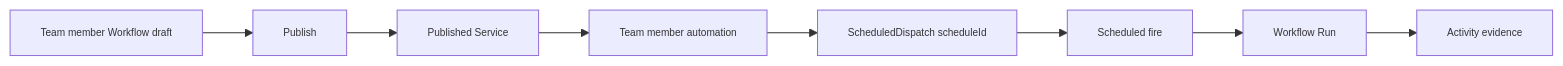
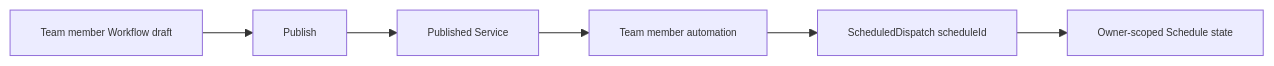
One commit to aevatarAI/aevatar changed the diagram in apps/aevatar-console-web/docs/superpowers/specs/2026-08-11-workflow-schedule-design.md. Above: the diagram before and after it, drawn with Mermaid. The commit also changed other lines of this file and 15 other files, not shown here.

````diff
--- a/apps/aevatar-console-web/docs/superpowers/specs/2026-08-11-workflow-schedule-design.md
+++ b/apps/aevatar-console-web/docs/superpowers/specs/2026-08-11-workflow-schedule-design.md
@@ -39,11 +41,9 @@
 ```mermaid
 %%{init: {"maxTextSize": 100000, "flowchart": {"useMaxWidth": false, "nodeSpacing": 10, "rankSpacing": 50}, "themeVariables": {"fontSize": "10px"}}}%%
 flowchart LR
     D["Team member Workflow draft"] --> P["Publish"]
     P --> S["Published Service"]
     S --> T["Team member automation"]
     T --> Q["ScheduledDispatch scheduleId"]
-    Q --> R["Scheduled fire"]
-    R --> A["Workflow Run"]
-    A --> H["Activity evidence"]
+    Q --> R["Owner-scoped Schedule state"]
 ```
````
